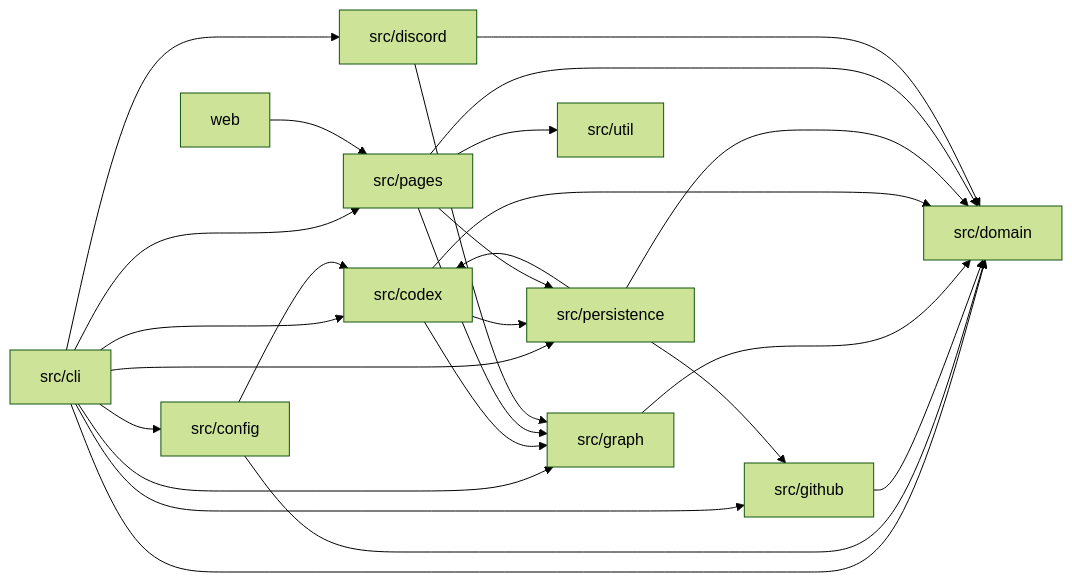
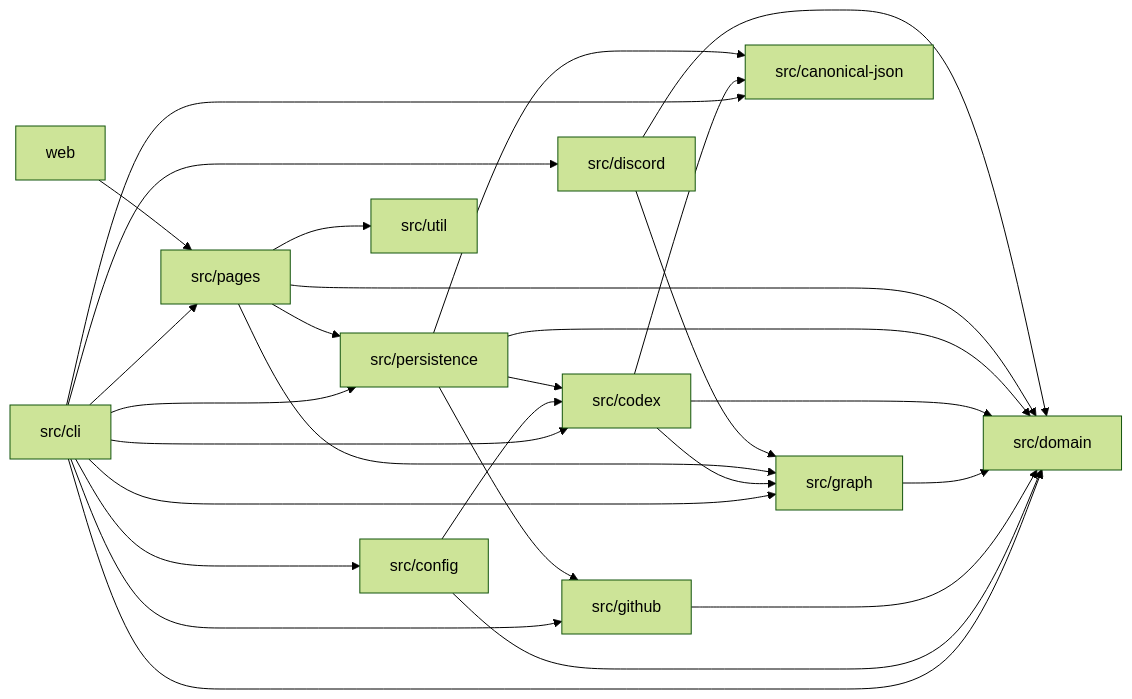
Before and after one commit to VOICEVOX/voicevox_task_tracker: the diagram in docs/ARCHITECTURE.md, drawn with Mermaid (forest theme). The commit also changed other lines of this file and 30 other files, not shown here.

````diff
--- a/docs/ARCHITECTURE.md
+++ b/docs/ARCHITECTURE.md
@@ -27,29 +28,31 @@
 ```mermaid
 flowchart LR
   CLI[src/cli] --> Config[src/config]
   CLI --> GitHub[src/github]
   CLI --> Domain[src/domain]
   CLI --> Graph[src/graph]
   CLI --> Codex[src/codex]
   CLI --> State[src/persistence]
+  CLI --> Canonical[src/canonical-json]
   CLI --> Pages[src/pages]
   CLI --> Discord[src/discord]
   Util[src/util]
   Config --> Codex
   Config --> Domain
   GitHub --> Domain
   Graph --> Domain
+  Codex --> Canonical
   Codex --> Domain
   Codex --> Graph
-  Codex --> State
+  State --> Canonical
   State --> Codex
   State --> Domain
   State --> GitHub
   Pages --> Domain
   Pages --> Graph
   Pages --> State
   Pages --> Util
   Discord --> Domain
   Discord --> Graph
   Web[web] --> Pages
 ```
````
